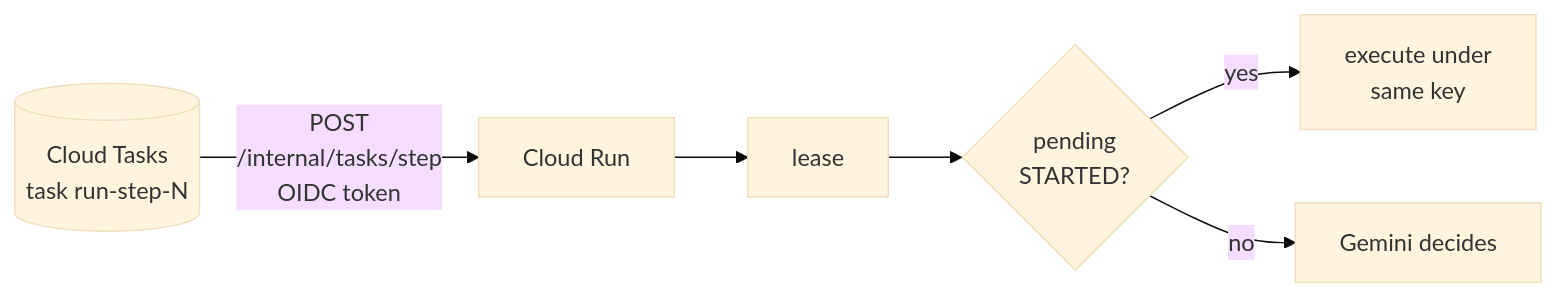
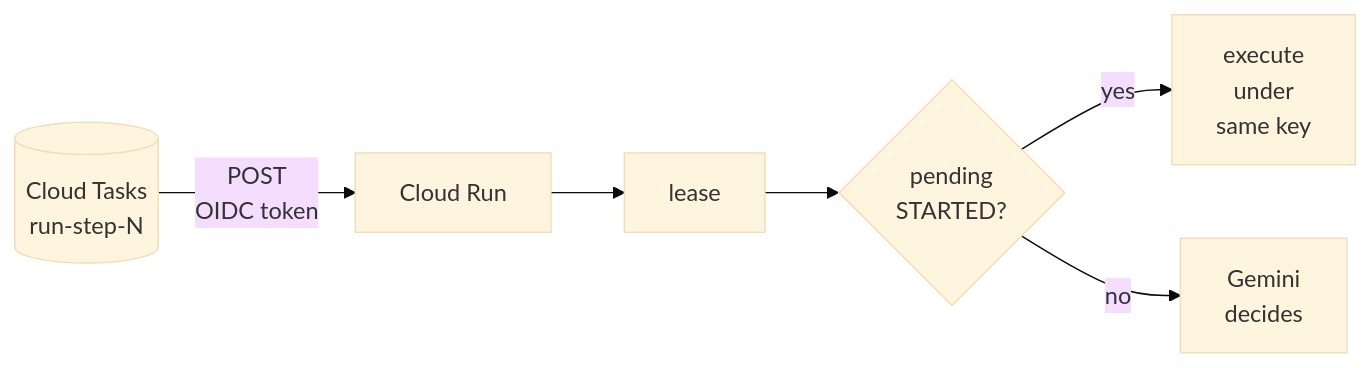
Before and after one commit to aniryou/full-stack-agentic-engineer: the second of 4 diagrams in 07-application-agent-framework/long-running-durable/PRIMER.md, drawn with Mermaid (base theme). The commit also changed other lines of this file and 211 other files, not shown here.

````diff
--- a/07-application-agent-framework/long-running-durable/PRIMER.md
+++ b/07-application-agent-framework/long-running-durable/PRIMER.md
@@ -146,8 +147,9 @@
 ```mermaid
 flowchart LR
-  Q[(Cloud Tasks<br/>task run-step-N)] -->|POST<br/>/internal/tasks/step<br/>OIDC token| H[Cloud Run]
+  accTitle: Cloud Tasks sends the named task to Cloud Run, which takes the lease and then executes a pending STARTED intent or asks Gemini.
+  Q[(Cloud Tasks<br/>run-step-N)] -->|POST<br/>OIDC token| H[Cloud Run]
   H --> L[lease]
   L --> R{pending<br/>STARTED?}
-  R -- yes --> X[execute under<br/>same key]
-  R -- no --> M[Gemini decides]
+  R -- yes --> X[execute<br/>under<br/>same key]
+  R -- no --> M[Gemini<br/>decides]
 ```
````
